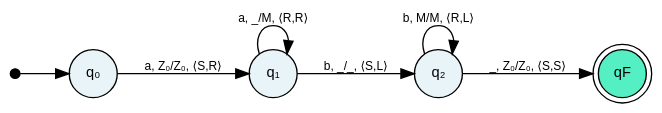
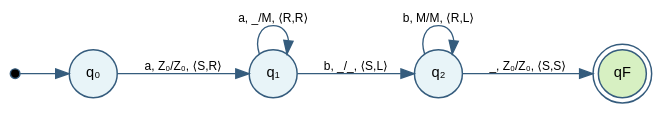
One commit to p0dyakov/inno_notes changed the fourth of 19 diagrams in semester-2/Theoretical Computer Science/8.qmd. Above: the diagram before and after it, drawn with Graphviz. The commit also changed other lines of this file and 191 other files, not shown here.

````diff
--- a/semester-2/Theoretical Computer Science/8.qmd
+++ b/semester-2/Theoretical Computer Science/8.qmd
@@ -304,24 +302,24 @@
 ```{dot}
 //| fig-cap: "TM recognizing aⁿbⁿ (n > 0): states q₀, q₁, q₂, and final state qF"
 //| fig-width: 6
 //| fig-height: 2
 digraph anbn {
   rankdir=LR;
   bgcolor="transparent";
-  node [fontname="Helvetica", fontsize=11, shape=circle, style=filled, fillcolor="#e8f4f8"];
-  edge [fontname="Helvetica", fontsize=9];
+  node [fontname="Helvetica", fontsize=11, shape=circle, style=filled, fillcolor="#e8f4f8", color="#355c7d", penwidth=1.1];
+  edge [fontname="Helvetica", fontsize=9, color="#355c7d"];
 
   start [shape=point, width=0.1, fillcolor=black];
   q0 [label="q₀"];
   q1 [label="q₁"];
   q2 [label="q₂"];
-  qF [label="qF", shape=doublecircle, fillcolor="#55efc4"];
+  qF [label="qF", shape=doublecircle, fillcolor="#d7f0c2"];
 
   start -> q0;
   q0 -> q1  [label="a, Z₀/Z₀, ⟨S,R⟩"];
   q1 -> q1  [label="a, _/M, ⟨R,R⟩"];
   q1 -> q2  [label="b, _/_, ⟨S,L⟩"];
   q2 -> q2  [label="b, M/M, ⟨R,L⟩"];
   q2 -> qF  [label="_, Z₀/Z₀, ⟨S,S⟩"];
 }
 ```
````
